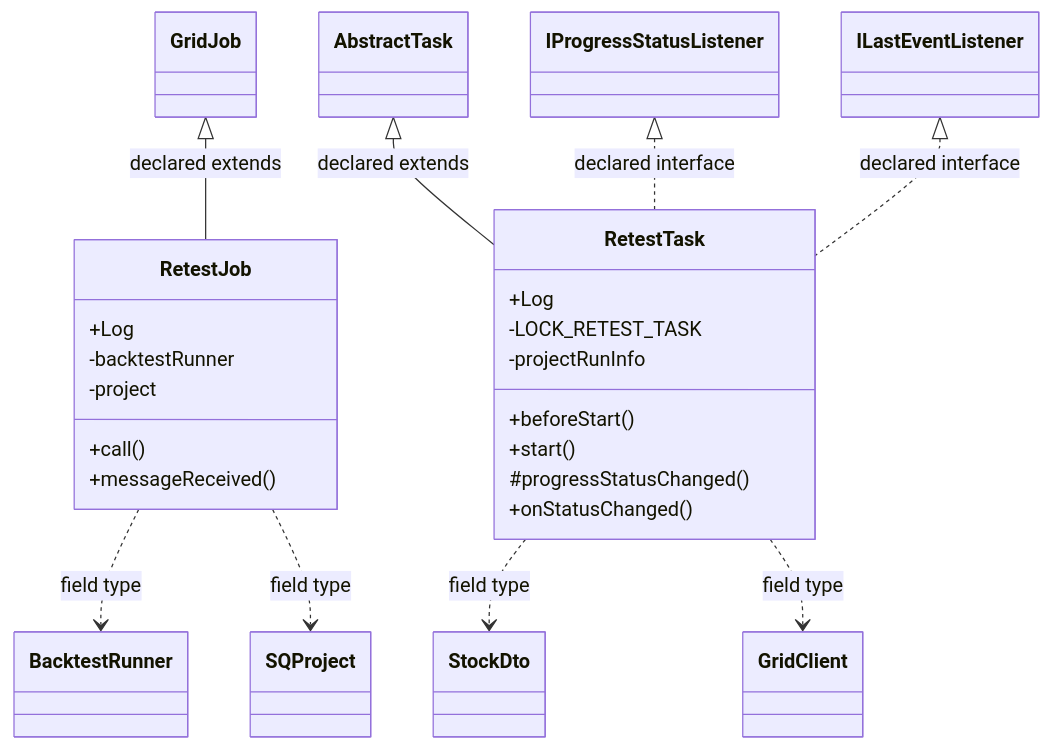
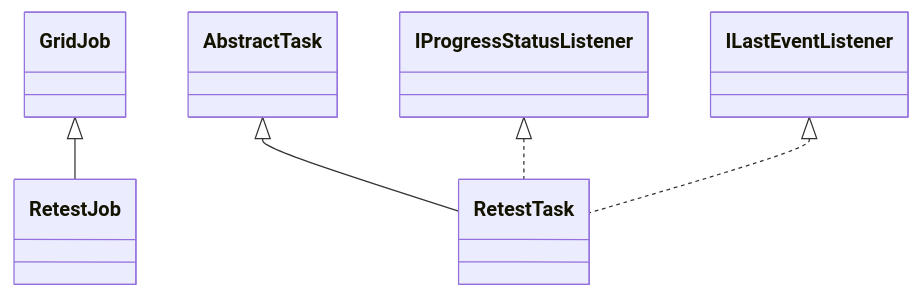
One commit to haruperi/HaruQuantAI changed the diagram in docs/sqx/Retester/TaskRetest.md. Above: the diagram before and after it, drawn with Mermaid. The commit also changed other lines of this file and 1688 other files, not shown here.

````diff
--- a/docs/sqx/Retester/TaskRetest.md
+++ b/docs/sqx/Retester/TaskRetest.md
@@ -30,35 +26,13 @@
 ```mermaid
 classDiagram
-    class C0f287be7937f["RetestJob"] {
-        +Log
-        -backtestRunner
-        -project
-        +call()
-        +messageReceived()
-    }
-    class Cc2acf006d555["RetestTask"] {
-        +Log
-        -LOCK_RETEST_TASK
-        -projectRunInfo
-        +beforeStart()
-        +start()
-        #progressStatusChanged()
-        +onStatusChanged()
-    }
-    class Ce0cb23611851["StockDto"]
-    class C2d5349dc1f49["GridClient"]
-    class C729a56512564["GridJob"]
-    class C044e39d2df83["BacktestRunner"]
-    class C1295ffcc9568["ILastEventListener"]
-    class C7126b816a5a1["IProgressStatusListener"]
-    class C8241bc919d95["SQProject"]
-    class Ce44d386802cb["AbstractTask"]
-    C729a56512564 <|-- C0f287be7937f : declared extends
-    C0f287be7937f ..> C044e39d2df83 : field type
-    C0f287be7937f ..> C8241bc919d95 : field type
-    Ce44d386802cb <|-- Cc2acf006d555 : declared extends
-    C7126b816a5a1 <|.. Cc2acf006d555 : declared interface
-    C1295ffcc9568 <|.. Cc2acf006d555 : declared interface
-    Cc2acf006d555 ..> Ce0cb23611851 : field type
-    Cc2acf006d555 ..> C2d5349dc1f49 : field type
+    class C0["RetestJob"]
+    class C1["RetestTask"]
+    class E0["GridJob"]
+    E0 <|-- C0
+    class E1["AbstractTask"]
+    E1 <|-- C1
+    class E2["IProgressStatusListener"]
+    E2 <|.. C1
+    class E3["ILastEventListener"]
+    E3 <|.. C1
 ```
````
